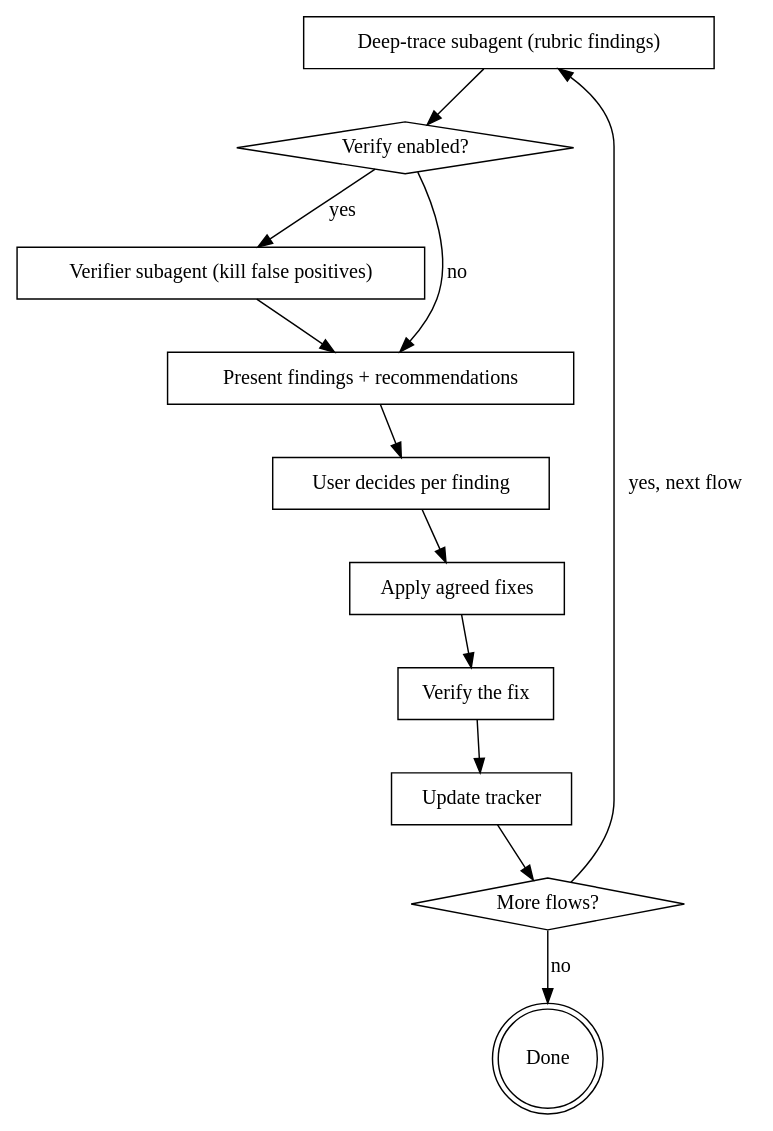
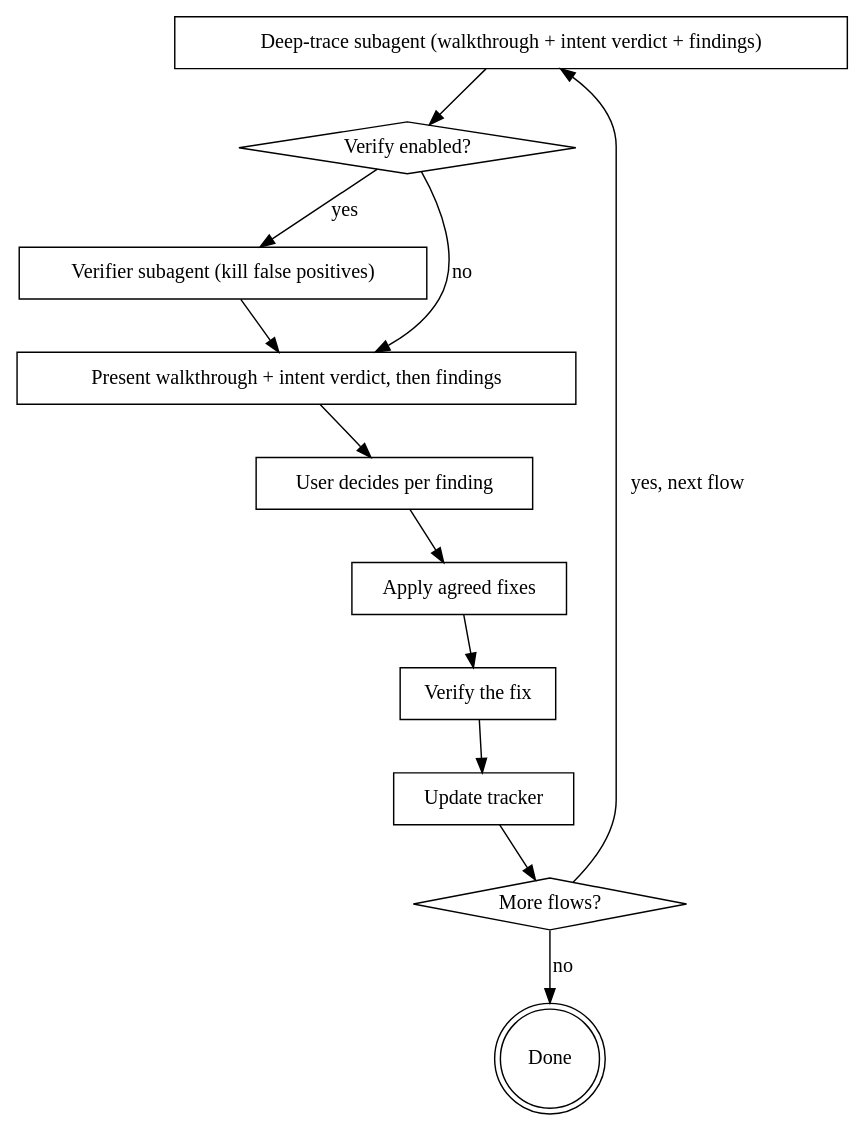
The diagram in plugin/skills/pair-vibing/SKILL.md (liewjiajun/pair-vibing), drawn with Graphviz before and after one commit. The commit also changed other lines of this file, not shown here.

Commit message:
feat: walkthrough-first per-flow review with intent verdict

````diff
--- a/plugin/skills/pair-vibing/SKILL.md
+++ b/plugin/skills/pair-vibing/SKILL.md
@@ -46,26 +53,26 @@
 ```dot
 digraph flow_loop {
-  "Deep-trace subagent (rubric findings)" [shape=box];
+  "Deep-trace subagent (walkthrough + intent verdict + findings)" [shape=box];
   "Verify enabled?" [shape=diamond];
   "Verifier subagent (kill false positives)" [shape=box];
-  "Present findings + recommendations" [shape=box];
+  "Present walkthrough + intent verdict, then findings" [shape=box];
   "User decides per finding" [shape=box];
   "Apply agreed fixes" [shape=box];
   "Verify the fix" [shape=box];
   "Update tracker" [shape=box];
   "More flows?" [shape=diamond];
   "Done" [shape=doublecircle];
 
-  "Deep-trace subagent (rubric findings)" -> "Verify enabled?";
+  "Deep-trace subagent (walkthrough + intent verdict + findings)" -> "Verify enabled?";
   "Verify enabled?" -> "Verifier subagent (kill false positives)" [label="yes"];
-  "Verify enabled?" -> "Present findings + recommendations" [label="no"];
-  "Verifier subagent (kill false positives)" -> "Present findings + recommendations";
-  "Present findings + recommendations" -> "User decides per finding";
+  "Verify enabled?" -> "Present walkthrough + intent verdict, then findings" [label="no"];
+  "Verifier subagent (kill false positives)" -> "Present walkthrough + intent verdict, then findings";
+  "Present walkthrough + intent verdict, then findings" -> "User decides per finding";
   "User decides per finding" -> "Apply agreed fixes";
   "Apply agreed fixes" -> "Verify the fix";
   "Verify the fix" -> "Update tracker";
   "Update tracker" -> "More flows?";
-  "More flows?" -> "Deep-trace subagent (rubric findings)" [label="yes, next flow"];
+  "More flows?" -> "Deep-trace subagent (walkthrough + intent verdict + findings)" [label="yes, next flow"];
   "More flows?" -> "Done" [label="no"];
 }
 ```
````
